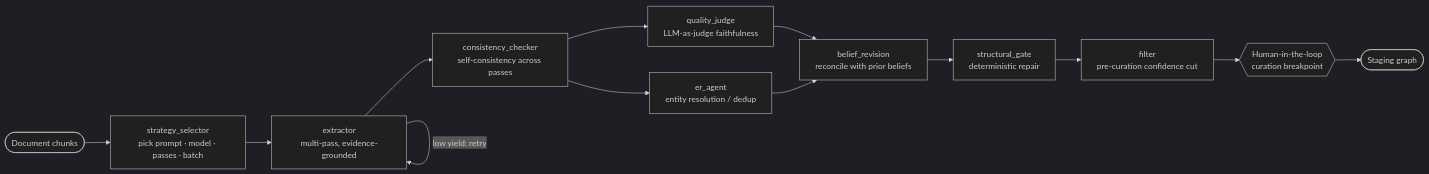
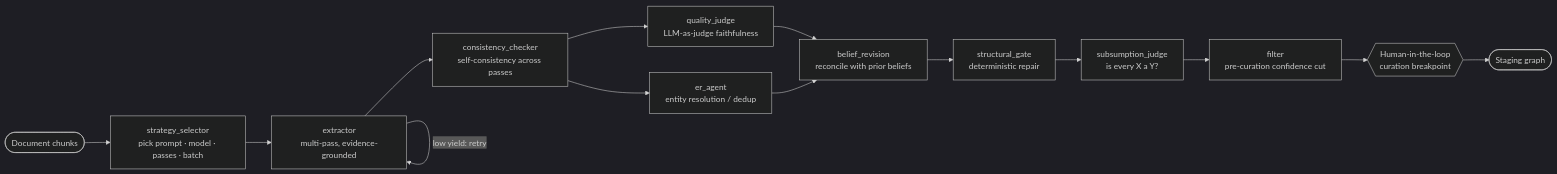
Before and after one commit to ArthurKeen/arango-ontoextract: the third of 16 diagrams in docs/arango-ontoextract-medium-article.md, drawn with Mermaid (dark theme). The commit also changed other lines of this file and 3 other files, not shown here.

````diff
--- a/docs/arango-ontoextract-medium-article.md
+++ b/docs/arango-ontoextract-medium-article.md
@@ -139,15 +151,16 @@
 ```mermaid
 flowchart LR
     Start([Document chunks]) --> Strat["strategy_selector<br/>pick prompt · model · passes · batch"]
     Strat --> Ext["extractor<br/>multi-pass, evidence-grounded"]
     Ext -->|low yield: retry| Ext
     Ext --> Cons["consistency_checker<br/>self-consistency across passes"]
     Cons --> QJ["quality_judge<br/>LLM-as-judge faithfulness"]
     Cons --> ER["er_agent<br/>entity resolution / dedup"]
     QJ --> BR["belief_revision<br/>reconcile with prior beliefs"]
     ER --> BR
     BR --> SG["structural_gate<br/>deterministic repair"]
-    SG --> Filt["filter<br/>pre-curation confidence cut"]
+    SG --> SJ["subsumption_judge<br/>is every X a Y?"]
+    SJ --> Filt["filter<br/>pre-curation confidence cut"]
     Filt --> HITL{{"Human-in-the-loop<br/>curation breakpoint"}}
     HITL --> Stage([Staging graph])
 ```
````
